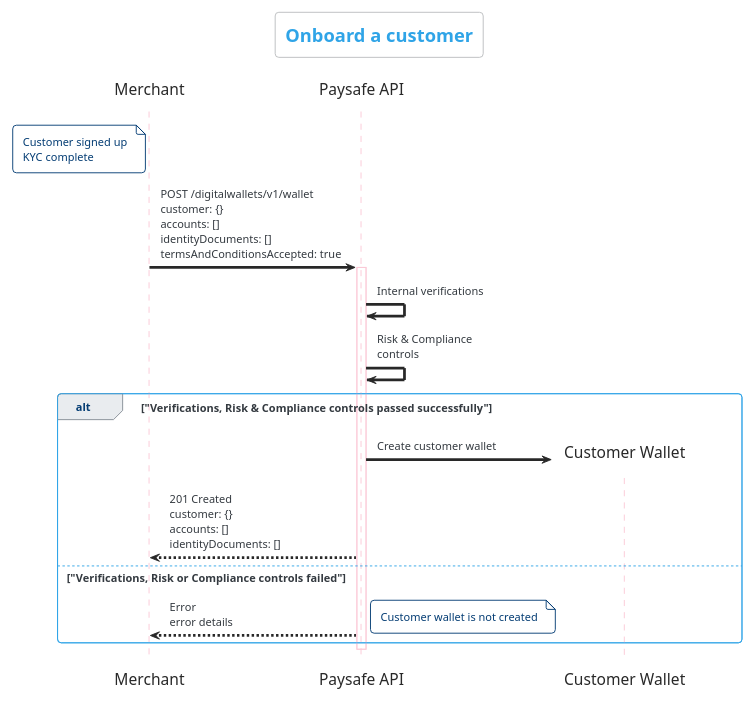
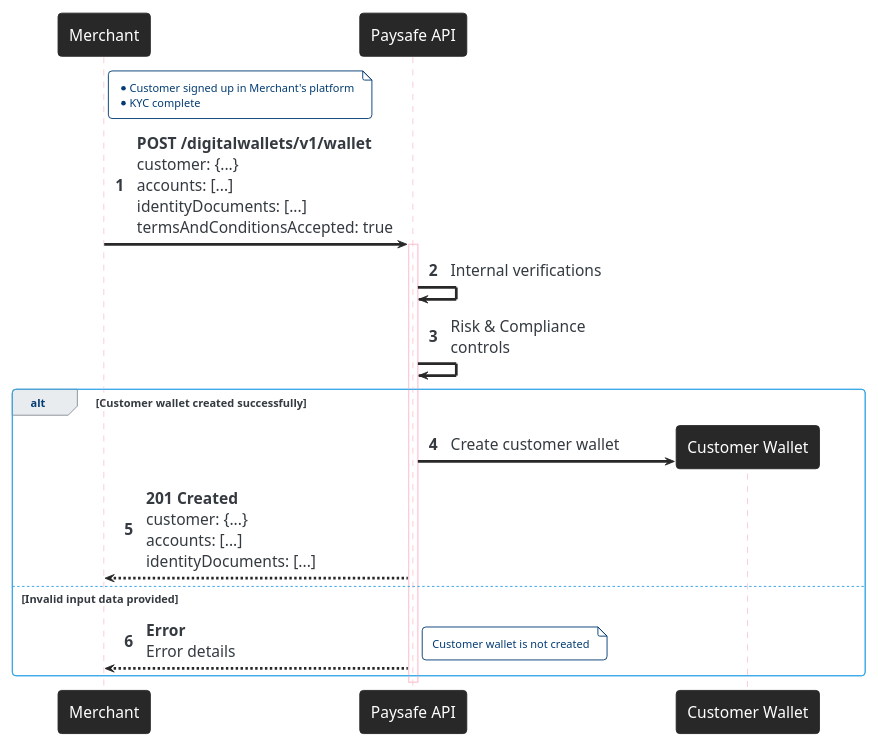
One commit to paysafegroup/WalletAPI changed the first of 8 diagrams in diagrams/diagrams.plantuml. Above: the diagram before and after it, drawn with PlantUML. The commit also changed other lines of this file and 14 other files, not shown here.

Commit message:
Diagrams are now SVG for improved readability

```diff
--- a/diagrams/diagrams.plantuml
+++ b/diagrams/diagrams.plantuml
@@ -1,35 +1,36 @@
 @startuml "0-Wallet-Create"
-    title "Onboard a customer"
-
     !theme cerulean-outline
 
     skinparam dpi 72
     skinparam shadowing false
     skinparam backgroundColor #FFFFFF
     skinparam Sequence {
-        ParticipantBorderColor #FFFFFF
-        ParticipantBackgroundColor #FFFFFF
+        ParticipantBorderColor #282828
+        ParticipantBackgroundColor #282828
         ParticipantFontSize 17
-        ParticipantFontColor #282828
+        ParticipantFontColor #FFFFFF
         ArrowColor #282828
+        ArrowFontSize 17
         LifeLineBorderColor #FBC9D6
     }
 
     participant "Merchant" as Merchant
     participant "Paysafe API" as PaysafeAPI
     participant "Customer Wallet" as CW
 
-    note left of Merchant: Customer signed up\nKYC complete
-    Merchant -> PaysafeAPI: POST /digitalwallets/v1/wallet\ncustomer: {}\naccounts: []\nidentityDocuments: []\ntermsAndConditionsAccepted: true
+    autonumber
+
+    note right of Merchant:  * Customer signed up in Merchant's platform\n* KYC complete
+    Merchant -> PaysafeAPI: **POST /digitalwallets/v1/wallet**\ncustomer: {...}\naccounts: [...]\nidentityDocuments: [...]\ntermsAndConditionsAccepted: true
     activate PaysafeAPI
         PaysafeAPI -> PaysafeAPI: Internal verifications
         PaysafeAPI -> PaysafeAPI: Risk & Compliance\ncontrols
-        alt "Verifications, Risk & Compliance controls passed successfully"
+        alt Customer wallet created successfully
             PaysafeAPI -> CW **: Create customer wallet
-            Merchant <-- PaysafeAPI: 201 Created\ncustomer: {}\naccounts: []\nidentityDocuments: []
-        else "Verifications, Risk or Compliance controls failed"
-            Merchant <-- PaysafeAPI: Error\nerror details
+            Merchant <-- PaysafeAPI: **201 Created**\ncustomer: {...}\naccounts: [...]\nidentityDocuments: [...]
+        else Invalid input data provided
+            Merchant <-- PaysafeAPI: **Error**\nError details
             note right: Customer wallet is not created
         end if
     deactivate PaysafeAPI
 @enduml
```
